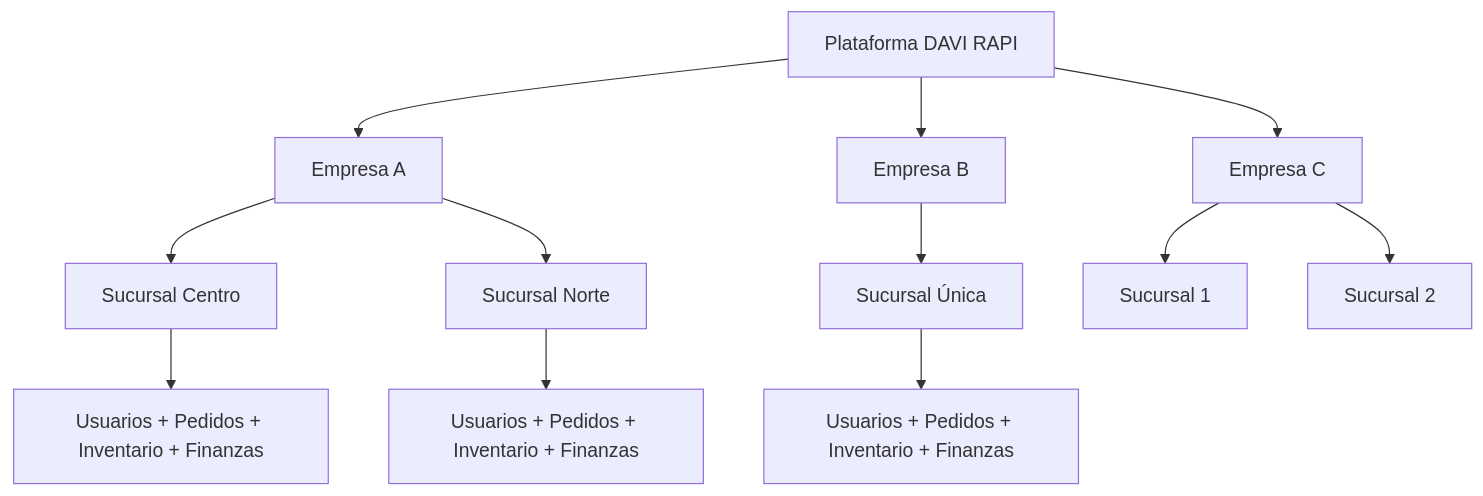
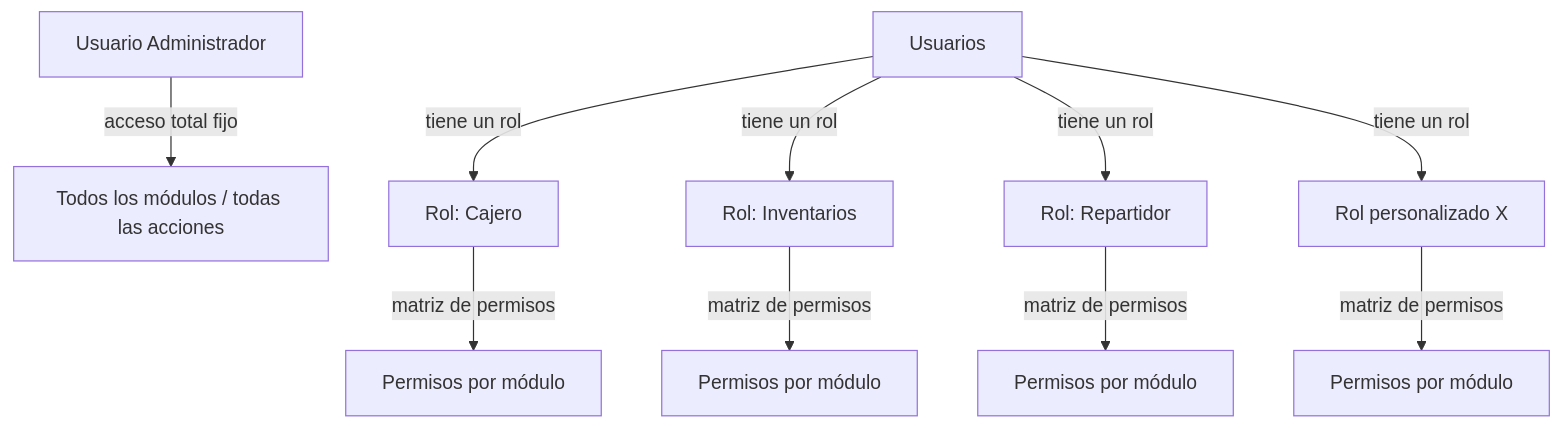
The second of 12 diagrams in docs/SISTEMA-DAVI-RAPI.md (luisenriquesinisterraperez-design/stockmaster_davirapid), drawn with Mermaid before and after one commit. The commit also changed other lines of this file, not shown here.

Commit message:
Actualizar la especificación funcional del sistema DAVI RAPI: simplificar la sección de administración, redefinir el módulo de roles y permisos, y ajustar la estructura de los módulos para mejorar la claridad y la organización.

````diff
--- a/docs/SISTEMA-DAVI-RAPI.md
+++ b/docs/SISTEMA-DAVI-RAPI.md
@@ -114,17 +139,20 @@
 ```mermaid
 flowchart TB
-    PLAT[Plataforma DAVI RAPI]
-    PLAT --> E1[Empresa A]
-    PLAT --> E2[Empresa B]
-    PLAT --> E3[Empresa C]
+    ADM[Usuario Administrador]
+    ADM -- acceso total fijo --> ALL[Todos los módulos / todas las acciones]
 
-    E1 --> S1A[Sucursal Centro]
-    E1 --> S1B[Sucursal Norte]
-    E2 --> S2A[Sucursal Única]
-    E3 --> S3A[Sucursal 1]
-    E3 --> S3B[Sucursal 2]
+    R1[Rol: Cajero]
+    R2[Rol: Inventarios]
+    R3[Rol: Repartidor]
+    R4[Rol personalizado X]
 
-    S1A --> U1[Usuarios + Pedidos + Inventario + Finanzas]
-    S1B --> U2[Usuarios + Pedidos + Inventario + Finanzas]
-    S2A --> U3[Usuarios + Pedidos + Inventario + Finanzas]
+    R1 -- matriz de permisos --> M1[Permisos por módulo]
+    R2 -- matriz de permisos --> M2[Permisos por módulo]
+    R3 -- matriz de permisos --> M3[Permisos por módulo]
+    R4 -- matriz de permisos --> M4[Permisos por módulo]
+
+    U1[Usuarios] -- tiene un rol --> R1
+    U1 -- tiene un rol --> R2
+    U1 -- tiene un rol --> R3
+    U1 -- tiene un rol --> R4
 ```
````
